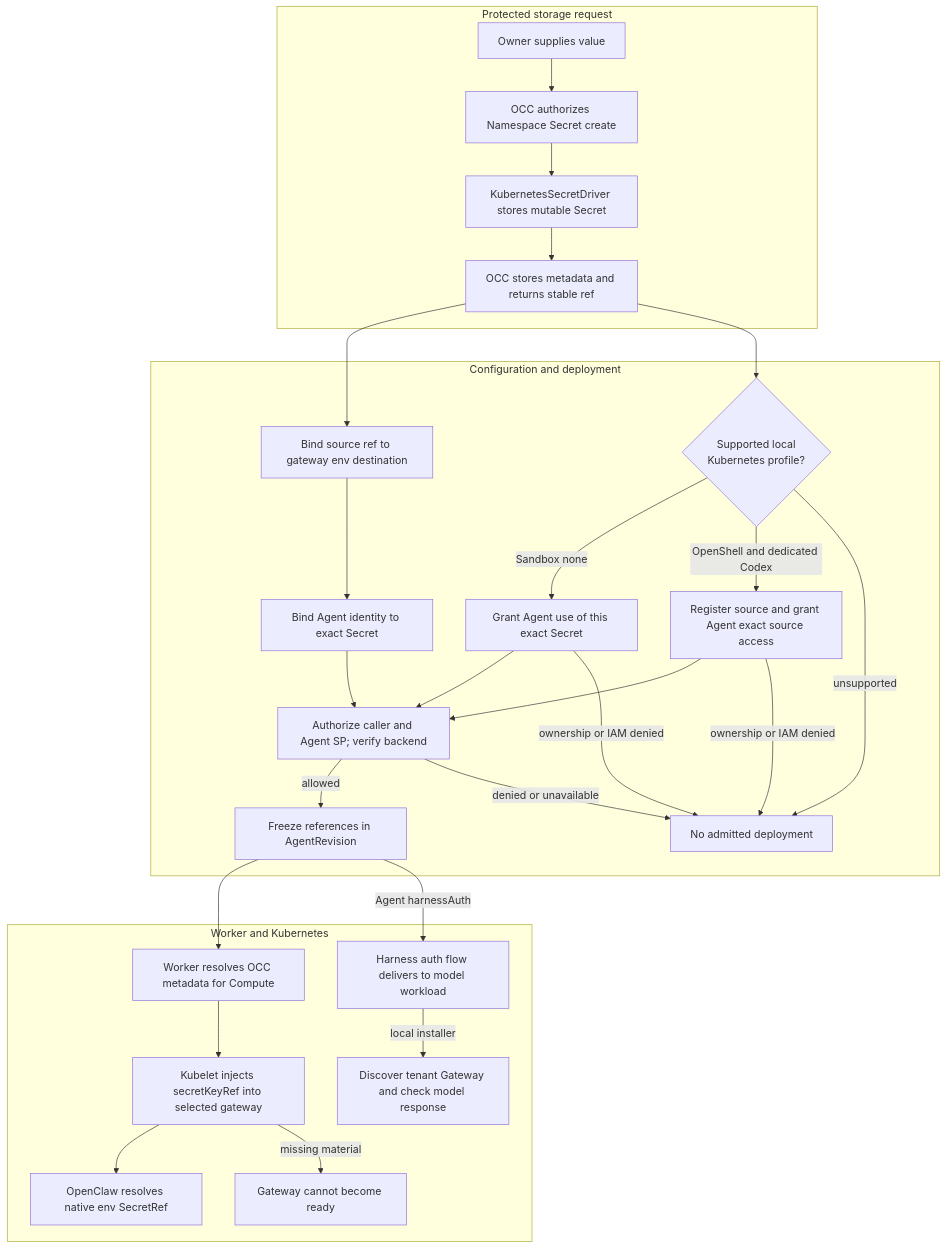
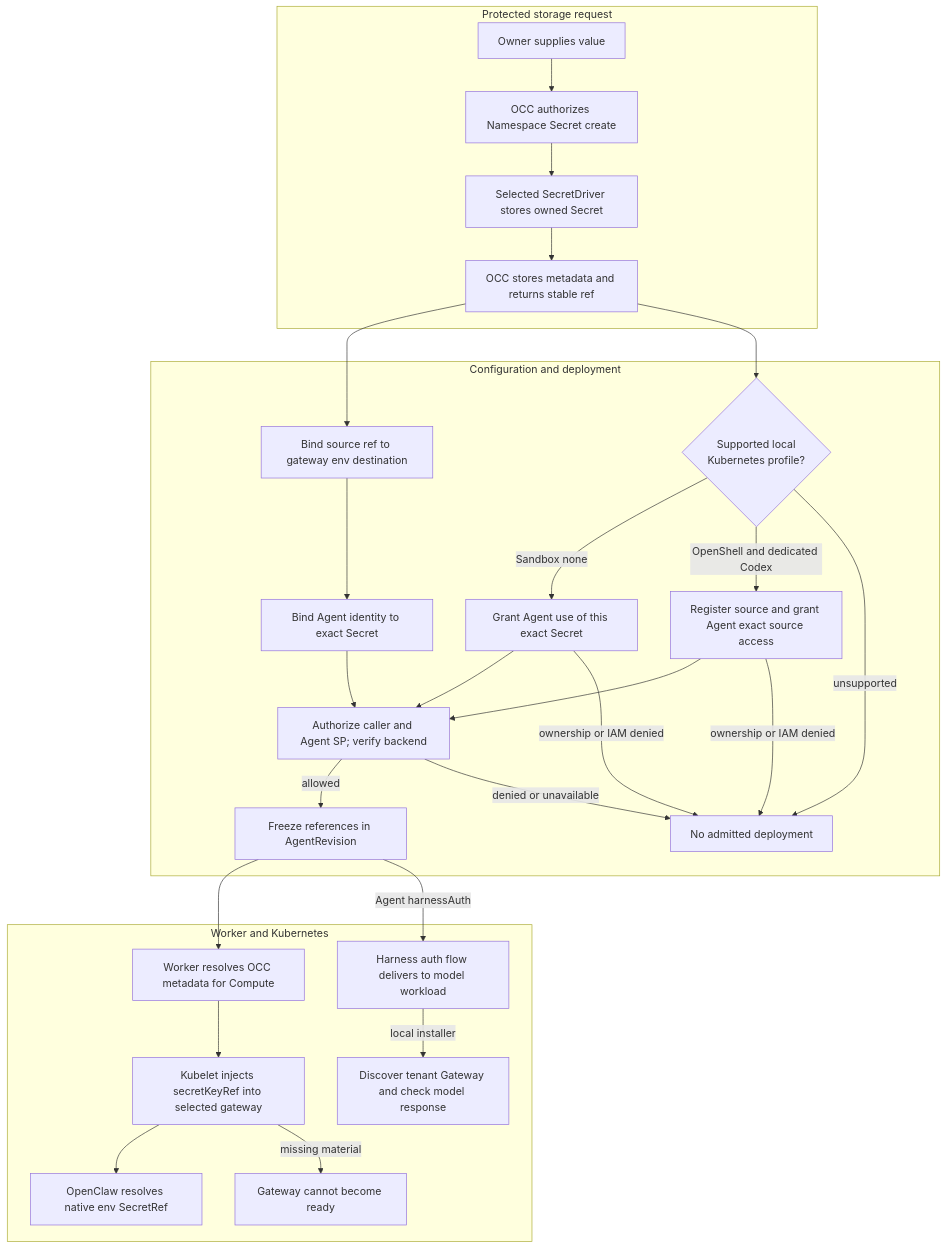
One commit to openclaw/openclaw-enterprise changed the diagram in docs/flows/secret-storage-and-delivery.md. Above: the diagram before and after it, drawn with Mermaid. The commit also changed other lines of this file and 8 other files, not shown here.

````diff
--- a/docs/flows/secret-storage-and-delivery.md
+++ b/docs/flows/secret-storage-and-delivery.md
@@ -40,31 +40,31 @@
 ```mermaid
 graph TD
   subgraph Storage["Protected storage request"]
     A["Owner supplies value"] --> B["OCC authorizes Namespace Secret create"]
-    B --> C["KubernetesSecretDriver stores mutable Secret"]
+    B --> C["Selected SecretDriver stores owned Secret"]
     C --> D["OCC stores metadata and returns stable ref"]
   end
   subgraph Admission["Configuration and deployment"]
     D --> E["Bind source ref to gateway env destination"]
     E --> P["Bind Agent identity to exact Secret"]
     P --> F["Authorize caller and Agent SP; verify backend"]
     F -->|allowed| G["Freeze references in AgentRevision"]
     F -->|denied or unavailable| X["No admitted deployment"]
     D --> K{"Supported local<br/>Kubernetes profile?"}
     K -->|Sandbox none| L["Grant Agent use of this exact Secret"]
     K -->|OpenShell and dedicated Codex| M["Register source and grant Agent exact source access"]
     K -->|unsupported| X
     L --> F
     M --> F
     L -->|ownership or IAM denied| X
     M -->|ownership or IAM denied| X
   end
   subgraph Runtime["Worker and Kubernetes"]
     G --> H["Worker resolves OCC metadata for Compute"]
     H --> I["Kubelet injects secretKeyRef into selected gateway"]
     I --> J["OpenClaw resolves native env SecretRef"]
     I -->|missing material| Y["Gateway cannot become ready"]
     G -->|Agent harnessAuth| W["Harness auth flow delivers to model workload"]
     W -->|local installer| V["Discover tenant Gateway and check model response"]
   end
 ```
````
